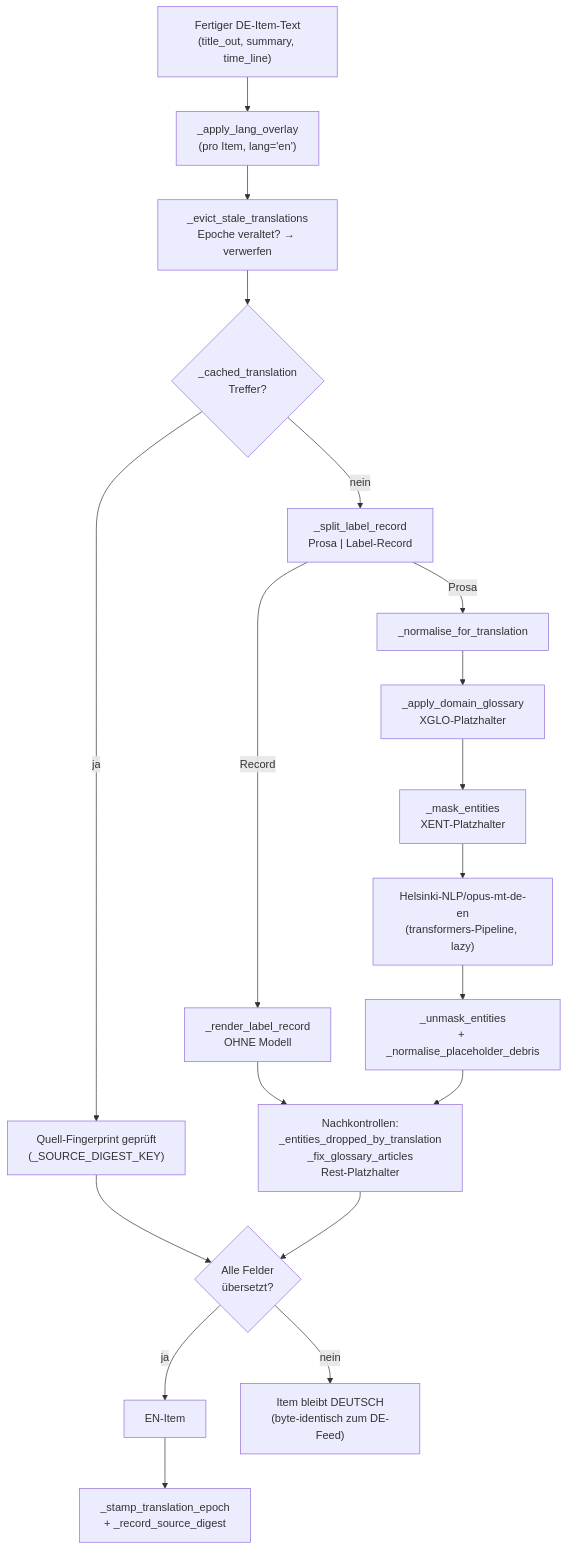
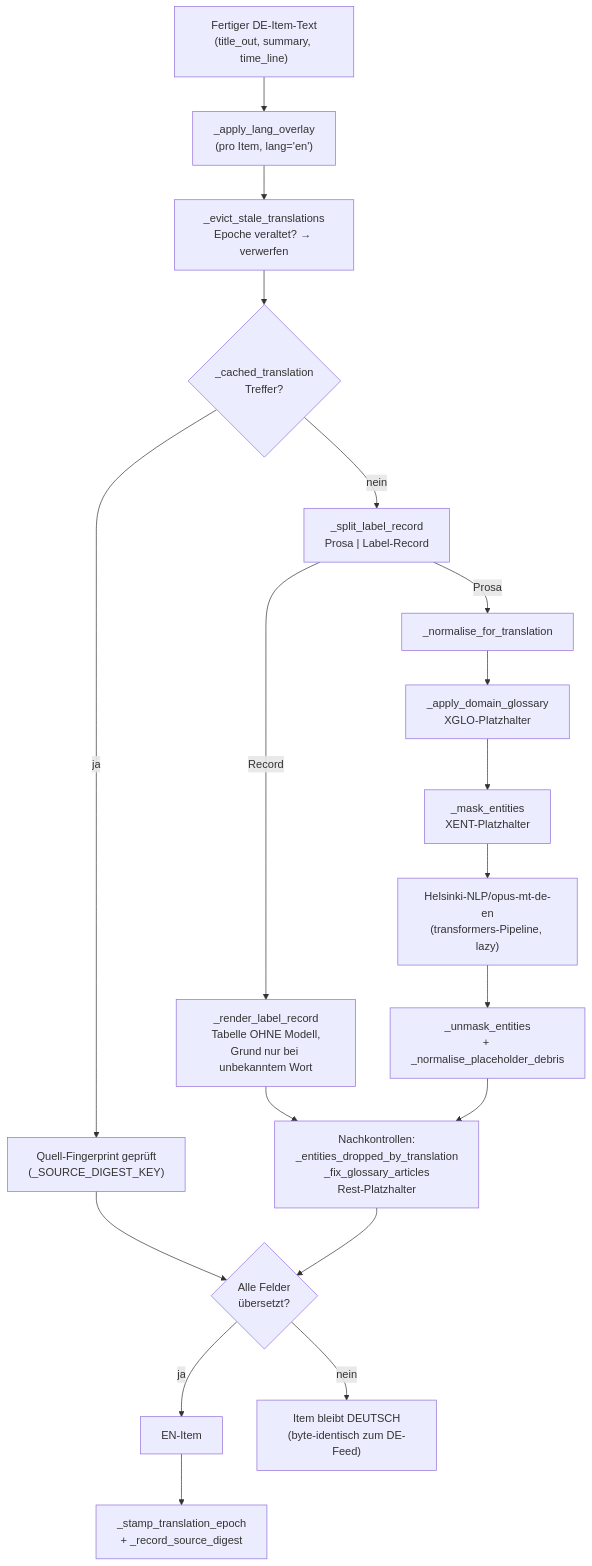
The seventh of 7 diagrams in docs/architecture.md (Origamihase/wien-oepnv), drawn with Mermaid before and after one commit. The commit also changed other lines of this file and 8 other files, not shown here.

````diff
--- a/docs/architecture.md
+++ b/docs/architecture.md
@@ -1632,29 +1632,29 @@
 ```mermaid
 flowchart TD
     DE["Fertiger DE-Item-Text<br/>(title_out, summary, time_line)"]
     Overlay["_apply_lang_overlay<br/>(pro Item, lang='en')"]
     Evict["_evict_stale_translations<br/>Epoche veraltet? → verwerfen"]
     Cache{"_cached_translation<br/>Treffer?"}
     Digest["Quell-Fingerprint geprüft<br/>(_SOURCE_DIGEST_KEY)"]
     Split["_split_label_record<br/>Prosa | Label-Record"]
-    Record["_render_label_record<br/>OHNE Modell"]
+    Record["_render_label_record<br/>Tabelle OHNE Modell,<br/>Grund nur bei unbekanntem Wort"]
     Norm["_normalise_for_translation"]
     Glo["_apply_domain_glossary<br/>XGLO-Platzhalter"]
     Mask["_mask_entities<br/>XENT-Platzhalter"]
     Marian["Helsinki-NLP/opus-mt-de-en<br/>(transformers-Pipeline, lazy)"]
     Unmask["_unmask_entities<br/>+ _normalise_placeholder_debris"]
     Guards["Nachkontrollen:<br/>_entities_dropped_by_translation<br/>_fix_glossary_articles<br/>Rest-Platzhalter"]
     OK{"Alle Felder<br/>übersetzt?"}
     EN["EN-Item"]
     Fallback["Item bleibt DEUTSCH<br/>(byte-identisch zum DE-Feed)"]
     Stamp["_stamp_translation_epoch<br/>+ _record_source_digest"]
 
     DE --> Overlay --> Evict --> Cache
     Cache -- ja --> Digest --> OK
     Cache -- nein --> Split
     Split -- Record --> Record --> Guards
     Split -- Prosa --> Norm --> Glo --> Mask --> Marian --> Unmask --> Guards
     Guards --> OK
     OK -- ja --> EN --> Stamp
     OK -- nein --> Fallback
 ```
````
